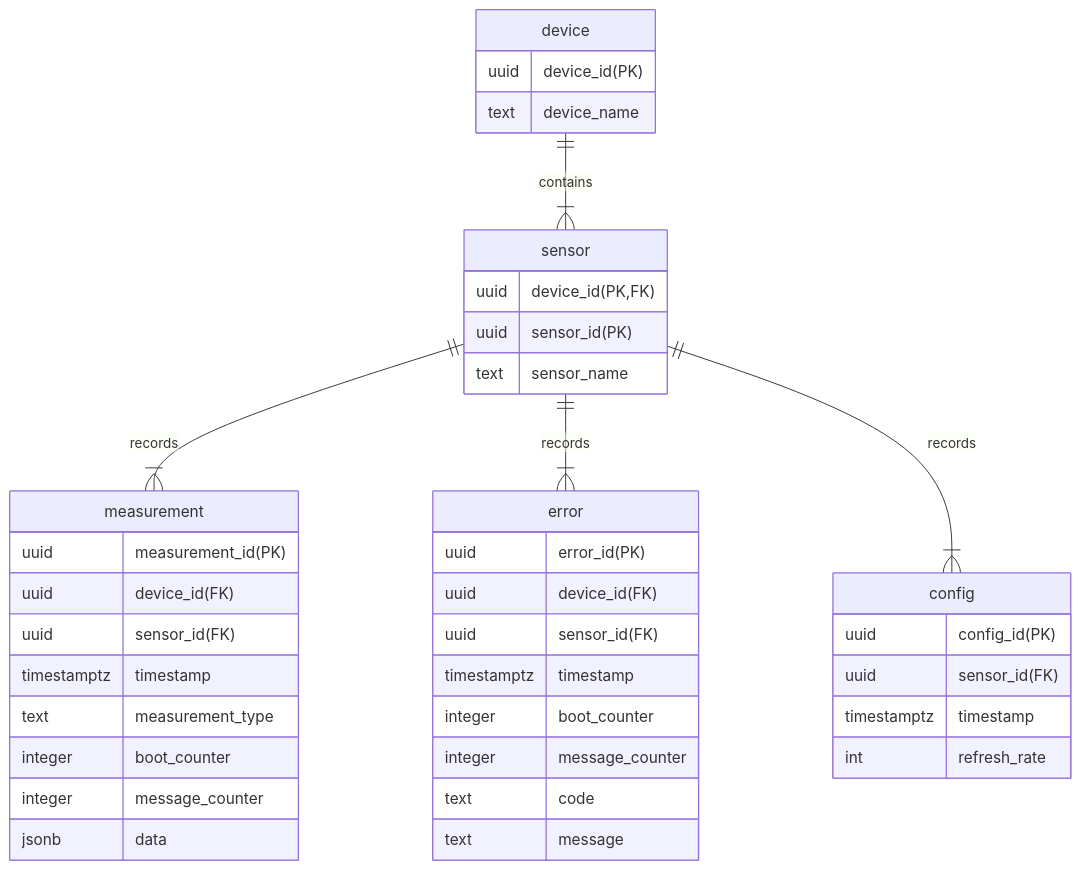
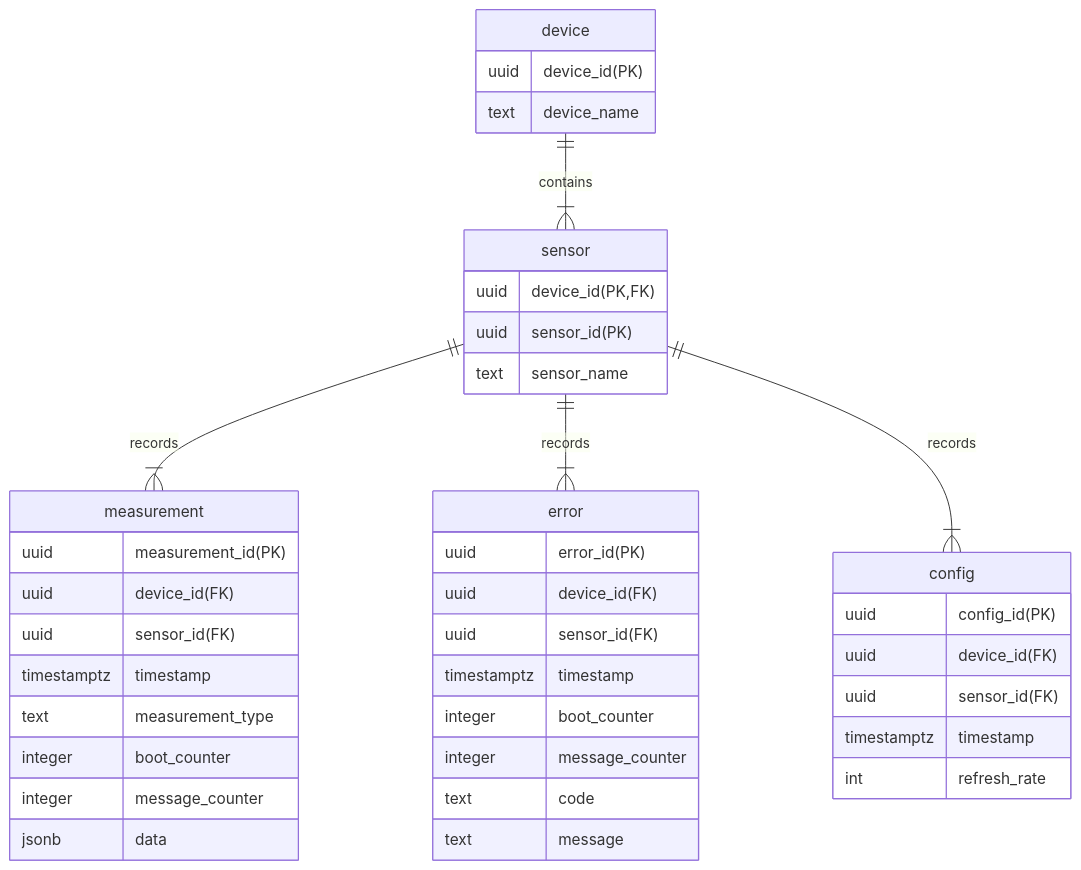
The diagram in docs/DB_structure.md (schusim/SW_engineeringProject), drawn with Mermaid before and after one commit. The commit also changed 2 other files, not shown here.

Commit message:
build(DB): Implement DB schema.

````diff
--- a/docs/DB_structure.md
+++ b/docs/DB_structure.md
@@ -7,48 +7,49 @@
 ```mermaid
 erDiagram
     device {
         uuid device_id(PK)
         text device_name
     }
 
     sensor {
         uuid device_id(PK,FK)
         uuid sensor_id(PK)
         text sensor_name
     }
 
     measurement {
         uuid measurement_id(PK)
         uuid device_id(FK)
         uuid sensor_id(FK)
         timestamptz timestamp
         text measurement_type
         integer boot_counter
         integer message_counter
         jsonb data
     }
 
     error {
         uuid error_id(PK)
         uuid device_id(FK)
         uuid sensor_id(FK)
         timestamptz timestamp
         integer boot_counter
         integer message_counter
         text code
         text message
     }
 
     config {
         uuid config_id(PK)
+        uuid device_id(FK)
         uuid sensor_id(FK)
         timestamptz timestamp
         int refresh_rate
 
     }
 
     device ||--|{ sensor : "contains"
     sensor ||--|{ measurement : "records"
     sensor ||--|{ error : "records"
     sensor ||--|{ config : "records"
 ```
````
